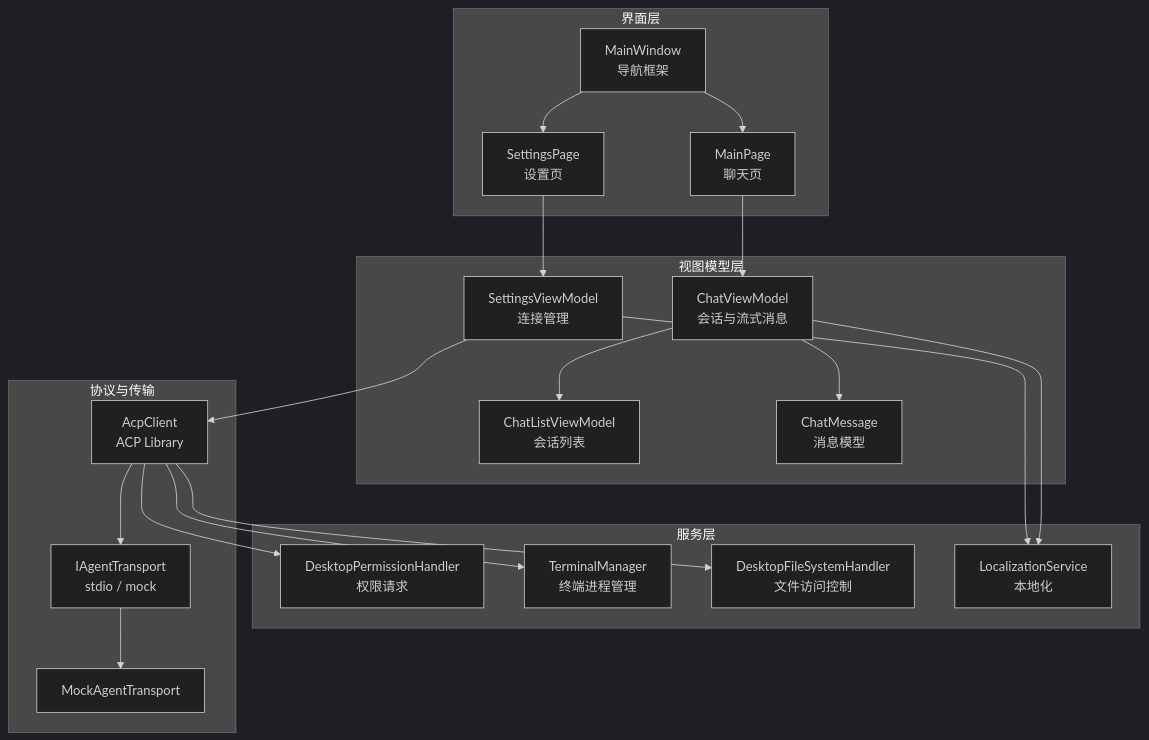
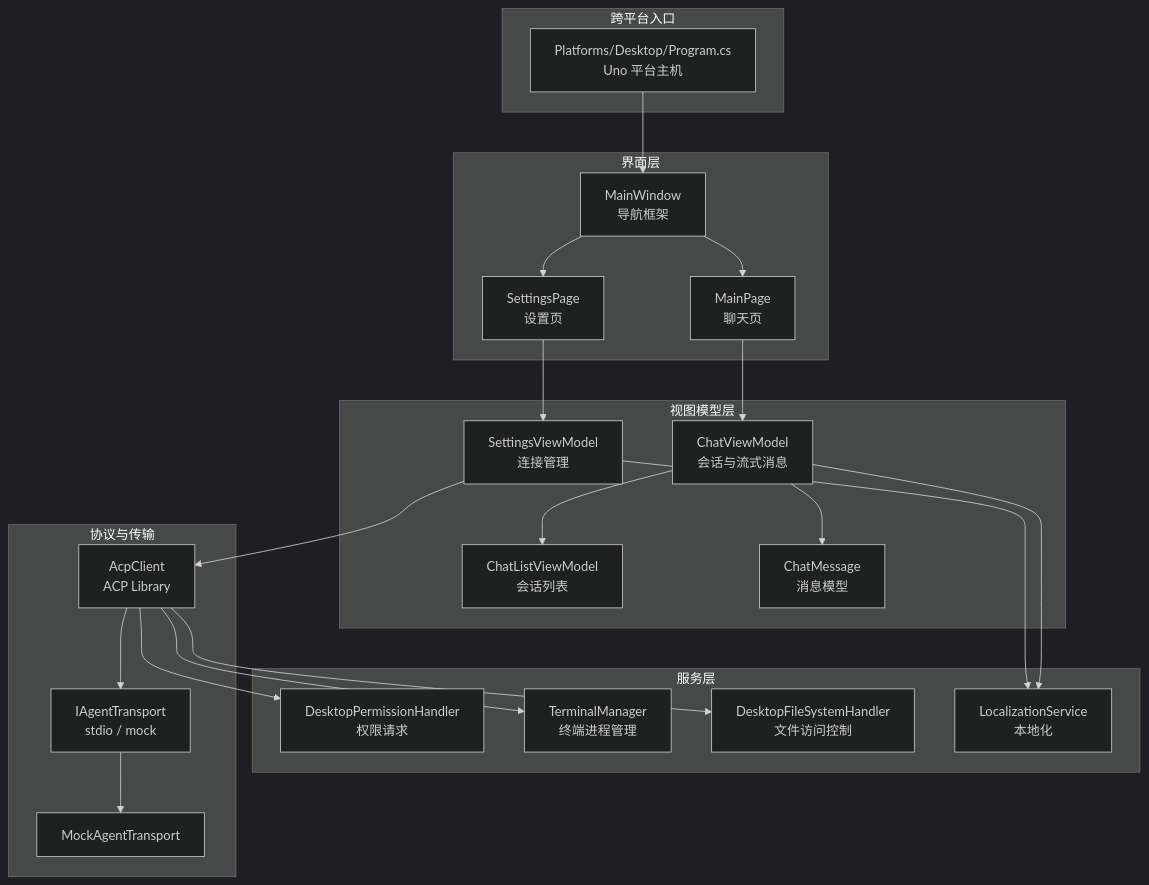
Before and after one commit to AgenticDesktop/App: the first of 9 diagrams in .qoder/repowiki/zh/content/架构设计/架构设计.md, drawn with Mermaid (dark theme). The commit also changed other lines of this file and 108 other files, not shown here.

First line of the commit message:
Add support for Uno Desktop and WinUI 3 build scripts

````diff
--- a/.qoder/repowiki/zh/content/架构设计/架构设计.md
+++ b/.qoder/repowiki/zh/content/架构设计/架构设计.md
@@ -45,39 +60,43 @@
 ```mermaid
 graph TB
+subgraph "跨平台入口"
+PD["Platforms/Desktop/Program.cs<br/>Uno 平台主机"]
+end
 subgraph "界面层"
 MW["MainWindow<br/>导航框架"]
 MP["MainPage<br/>聊天页"]
 SP["SettingsPage<br/>设置页"]
 end
 subgraph "视图模型层"
 CVM["ChatViewModel<br/>会话与流式消息"]
 SVM["SettingsViewModel<br/>连接管理"]
 CLVM["ChatListViewModel<br/>会话列表"]
 CM["ChatMessage<br/>消息模型"]
 end
 subgraph "服务层"
 PH["DesktopPermissionHandler<br/>权限请求"]
 TM["TerminalManager<br/>终端进程管理"]
 FSH["DesktopFileSystemHandler<br/>文件访问控制"]
 LS["LocalizationService<br/>本地化"]
 end
 subgraph "协议与传输"
 ACP["AcpClient<br/>ACP Library"]
 IT["IAgentTransport<br/>stdio / mock"]
 MAT["MockAgentTransport"]
 end
+PD --> MW
 MW --> MP
 MW --> SP
 MP --> CVM
 SP --> SVM
 CVM --> CLVM
 CVM --> CM
 SVM --> ACP
 ACP --> IT
 IT --> MAT
 ACP --> PH
 ACP --> TM
 ACP --> FSH
 CVM --> LS
 SVM --> LS
 ```
````
